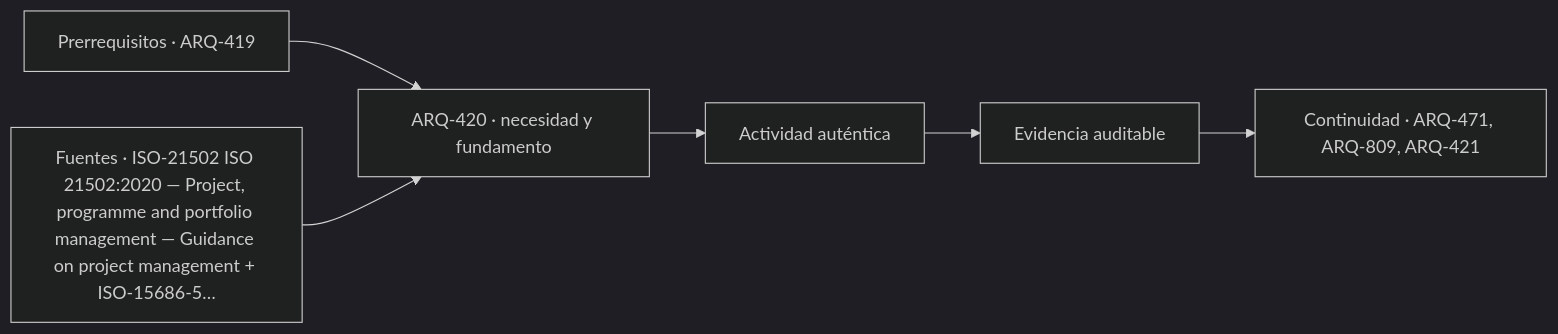
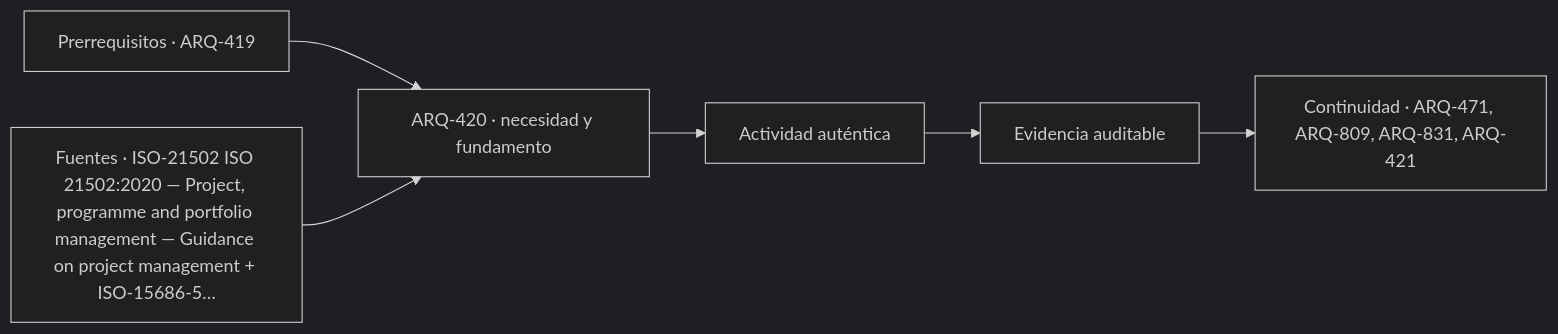
One commit to vladimiracunadev-create/architecture-built-environment-learning-program changed the diagram in classes/parte-42/ARQ-420.md. Above: the diagram before and after it, drawn with Mermaid (dark theme). The commit also changed other lines of this file and 182 other files, not shown here.

````diff
--- a/classes/parte-42/ARQ-420.md
+++ b/classes/parte-42/ARQ-420.md
@@ -87,8 +87,8 @@
 ```mermaid
 flowchart LR
     A["Prerrequisitos · ARQ-419"] --> B["ARQ-420 · necesidad y fundamento"]
     S["Fuentes · ISO-21502 ISO 21502:2020 — Project, programme and portfolio management — Guidance on project management + ISO-15686-5…"] --> B
     B --> C["Actividad auténtica"]
     C --> D["Evidencia auditable"]
-    D --> E["Continuidad · ARQ-471, ARQ-809, ARQ-421"]
+    D --> E["Continuidad · ARQ-471, ARQ-809, ARQ-831, ARQ-421"]
 ```
````
